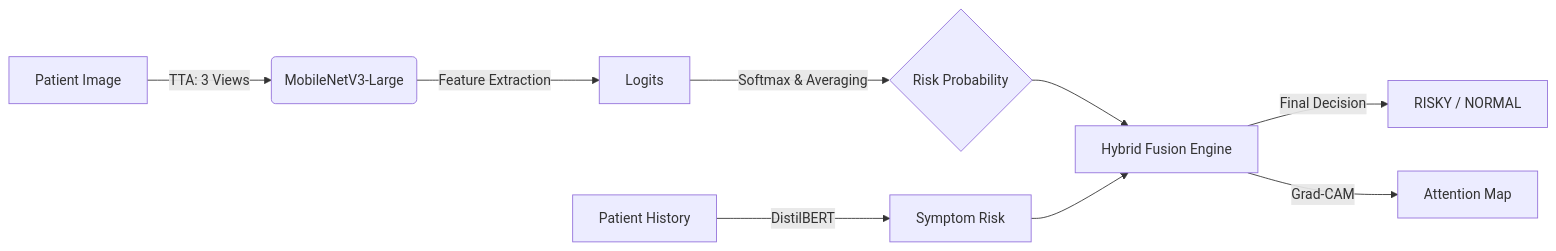
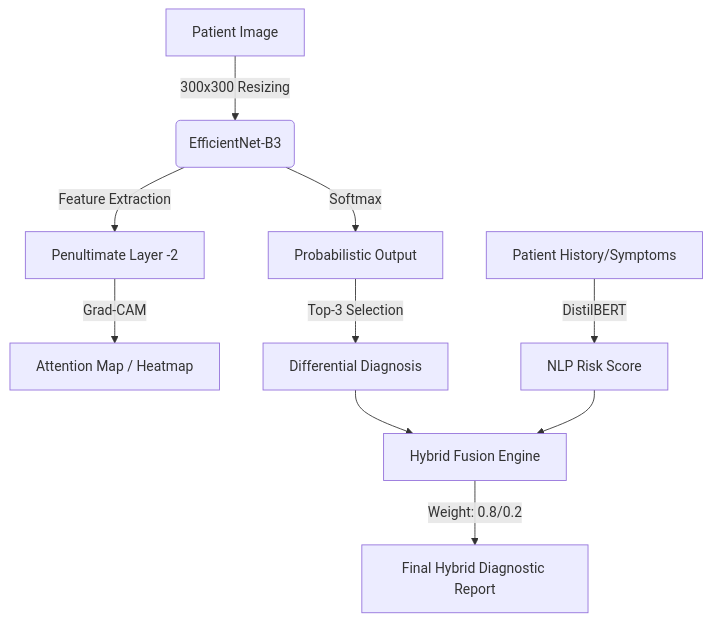
Before and after one commit to fferhatakr/dermai-vision: the diagram in README.md, drawn with Mermaid. The commit also changed other lines of this file and 17 other files, not shown here.

Commit message:
feat: major upgrade to v4.0.0 - EfficientNet-B3 and dataset renewal

````diff
--- a/README.md
+++ b/README.md
@@ -30,11 +32,12 @@
 ```mermaid
-graph LR
-    A[Patient Image] -->|TTA: 3 Views| B(MobileNetV3-Large)
-    B -->|Feature Extraction| C[Logits]
-    C -->|Softmax & Averaging| D{Risk Probability}
-    E[Patient History] -->|DistilBERT| F[Symptom Risk]
-    D --> G[Hybrid Fusion Engine]
-    F --> G
-    G -->|Final Decision| H[RISKY / NORMAL]
-    G -->|Grad-CAM| I[Attention Map]
+graph TD
+    A[Patient Image] -->|300x300 Resizing| B(EfficientNet-B3)
+    B -->|Feature Extraction| C[Penultimate Layer -2]
+    C -->|Grad-CAM| D[Attention Map / Heatmap]
+    B -->|Softmax| E[Probabilistic Output]
+    E -->|Top-3 Selection| F[Differential Diagnosis]
+    G[Patient History/Symptoms] -->|DistilBERT| H[NLP Risk Score]
+    F --> I[Hybrid Fusion Engine]
+    H --> I
+    I -->|Weight: 0.8/0.2| J[Final Hybrid Diagnostic Report]
 ```
````
